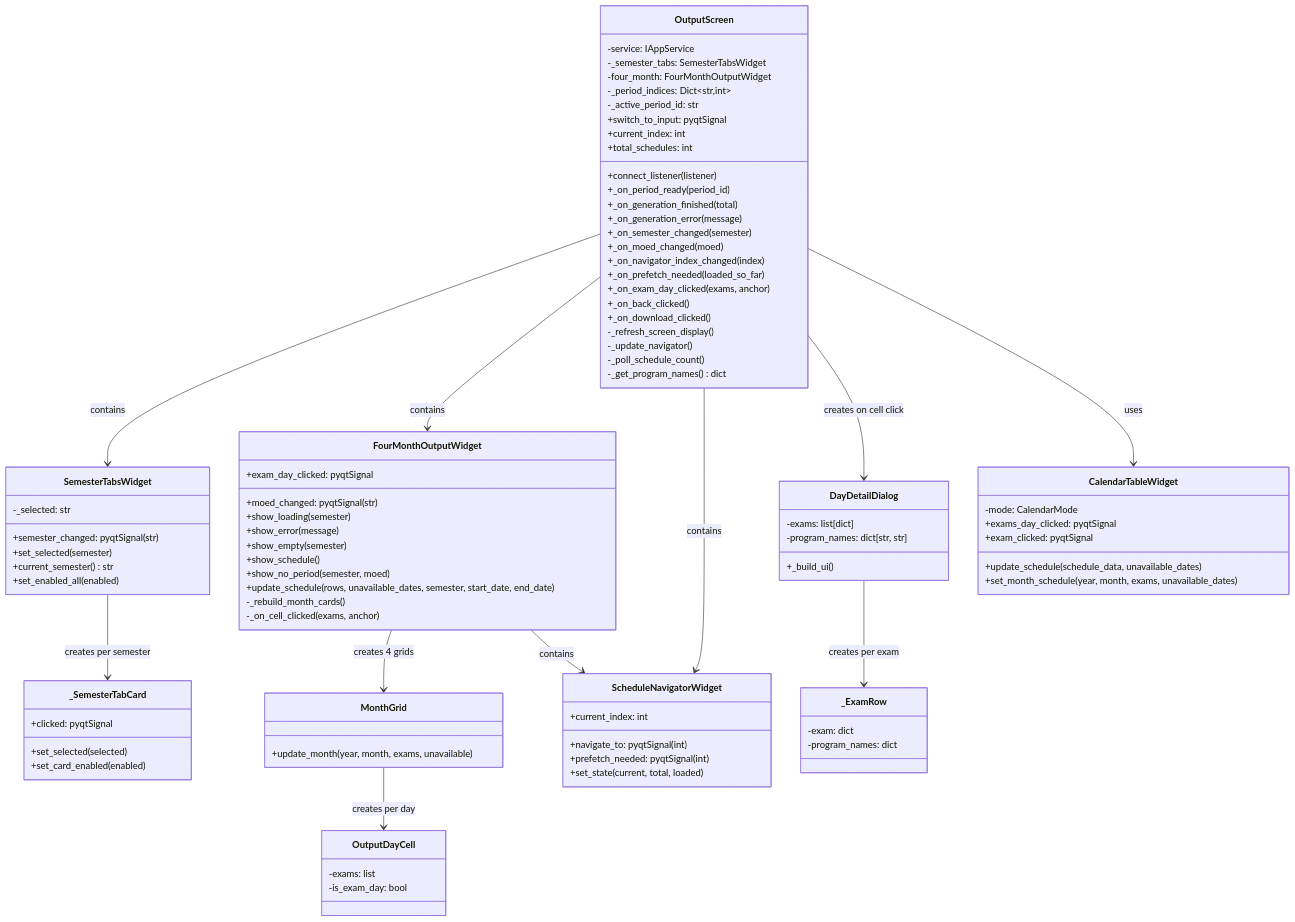
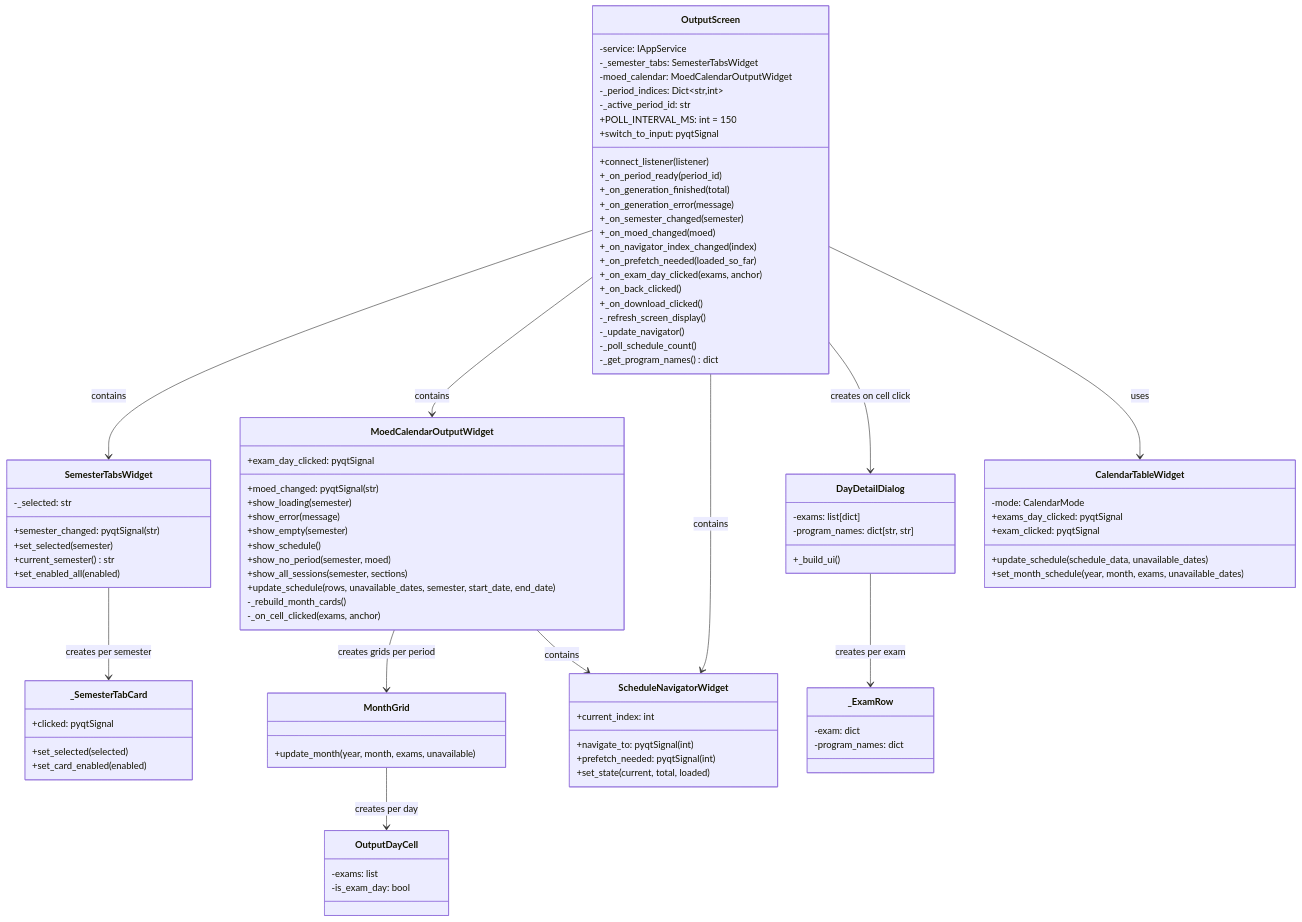
One commit to Project-SE-year-2/Project-SE-year-2 changed the diagram in docs/UML/raw files/OutputScreenDiagram.mmd. Above: the diagram before and after it, drawn with Mermaid. The commit also changed 17 other files, not shown here.

Commit message:
Update UML diagrams and add PNG exports

```diff
--- a/docs/UML/raw files/OutputScreenDiagram.mmd
+++ b/docs/UML/raw files/OutputScreenDiagram.mmd
@@ -1,111 +1,111 @@
 classDiagram
     direction TB
 
     class OutputScreen {
         -service: IAppService
         -_semester_tabs: SemesterTabsWidget
-        -four_month: FourMonthOutputWidget
+        -moed_calendar: MoedCalendarOutputWidget
         -_period_indices: Dict~str,int~
         -_active_period_id: str
+        +POLL_INTERVAL_MS: int = 150
         +switch_to_input: pyqtSignal
-        +current_index: int
-        +total_schedules: int
         +connect_listener(listener)
         +_on_period_ready(period_id)
         +_on_generation_finished(total)
         +_on_generation_error(message)
         +_on_semester_changed(semester)
         +_on_moed_changed(moed)
         +_on_navigator_index_changed(index)
         +_on_prefetch_needed(loaded_so_far)
         +_on_exam_day_clicked(exams, anchor)
         +_on_back_clicked()
         +_on_download_clicked()
         -_refresh_screen_display()
         -_update_navigator()
         -_poll_schedule_count()
         -_get_program_names() dict
     }
 
     %% ===== Semester Navigation =====
     class SemesterTabsWidget {
         -_selected: str
         +semester_changed: pyqtSignal(str)
         +set_selected(semester)
         +current_semester() str
         +set_enabled_all(enabled)
     }
 
     class _SemesterTabCard {
         +clicked: pyqtSignal
         +set_selected(selected)
         +set_card_enabled(enabled)
     }
 
     %% ===== Calendar Display =====
-    class FourMonthOutputWidget {
+    class MoedCalendarOutputWidget {
         +exam_day_clicked: pyqtSignal
         +moed_changed: pyqtSignal(str)
         +show_loading(semester)
         +show_error(message)
         +show_empty(semester)
         +show_schedule()
         +show_no_period(semester, moed)
+        +show_all_sessions(semester, sections)
         +update_schedule(rows, unavailable_dates, semester, start_date, end_date)
         -_rebuild_month_cards()
         -_on_cell_clicked(exams, anchor)
     }
 
     class MonthGrid {
         +update_month(year, month, exams, unavailable)
     }
 
     class OutputDayCell {
         -exams: list
         -is_exam_day: bool
     }
 
     %% ===== Schedule Navigation =====
     class ScheduleNavigatorWidget {
         +navigate_to: pyqtSignal(int)
         +prefetch_needed: pyqtSignal(int)
         +current_index: int
         +set_state(current, total, loaded)
     }
 
     %% ===== Day Detail =====
     class DayDetailDialog {
         -exams: list[dict]
         -program_names: dict[str, str]
         +_build_ui()
     }
 
     class _ExamRow {
         -exam: dict
         -program_names: dict
     }
 
     %% ===== Shared Calendar Widget =====
     class CalendarTableWidget {
         -mode: CalendarMode
         +exams_day_clicked: pyqtSignal
         +exam_clicked: pyqtSignal
         +update_schedule(schedule_data, unavailable_dates)
         +set_month_schedule(year, month, exams, unavailable_dates)
     }
 
     %% ===== Relationships =====
     OutputScreen --> SemesterTabsWidget : contains
-    OutputScreen --> FourMonthOutputWidget : contains
+    OutputScreen --> MoedCalendarOutputWidget : contains
     OutputScreen --> ScheduleNavigatorWidget : contains
     OutputScreen --> DayDetailDialog : creates on cell click
     OutputScreen --> CalendarTableWidget : uses
 
     SemesterTabsWidget --> _SemesterTabCard : creates per semester
 
-    FourMonthOutputWidget --> MonthGrid : creates 4 grids
-    FourMonthOutputWidget --> ScheduleNavigatorWidget : contains
+    MoedCalendarOutputWidget --> MonthGrid : creates grids per period
+    MoedCalendarOutputWidget --> ScheduleNavigatorWidget : contains
 
     MonthGrid --> OutputDayCell : creates per day
 
     DayDetailDialog --> _ExamRow : creates per exam
```
